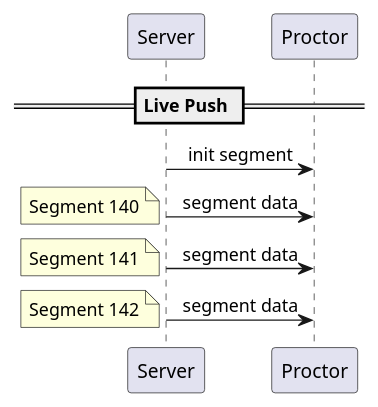
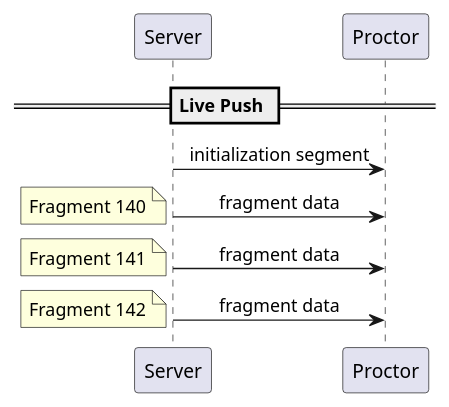
One commit to 2526-4ahitm-itp/2526-4ahitm-franklyn changed the second of 2 diagrams in hugo/content/docs/reference/media-spec/transport.md. Above: the diagram before and after it, drawn with PlantUML. The commit also changed other lines of this file and 11 other files, not shown here.

````diff
--- a/hugo/content/docs/reference/media-spec/transport.md
+++ b/hugo/content/docs/reference/media-spec/transport.md
@@ -49,21 +51,21 @@
 ```plantuml
 @startuml
 skinparam sequenceMessageAlign center
 
 participant "Server" as Srv
 participant "Proctor" as P
 
 == Live Push ==
 
-Srv -> P : init segment
-Srv -> P : segment data
-note left: Segment 140
+Srv -> P : initialization segment
+Srv -> P : fragment data
+note left: Fragment 140
 
-Srv -> P : segment data
-note left: Segment 141
+Srv -> P : fragment data
+note left: Fragment 141
 
-Srv -> P : segment data
-note left: Segment 142
+Srv -> P : fragment data
+note left: Fragment 142
 
 @enduml
 ```
````
